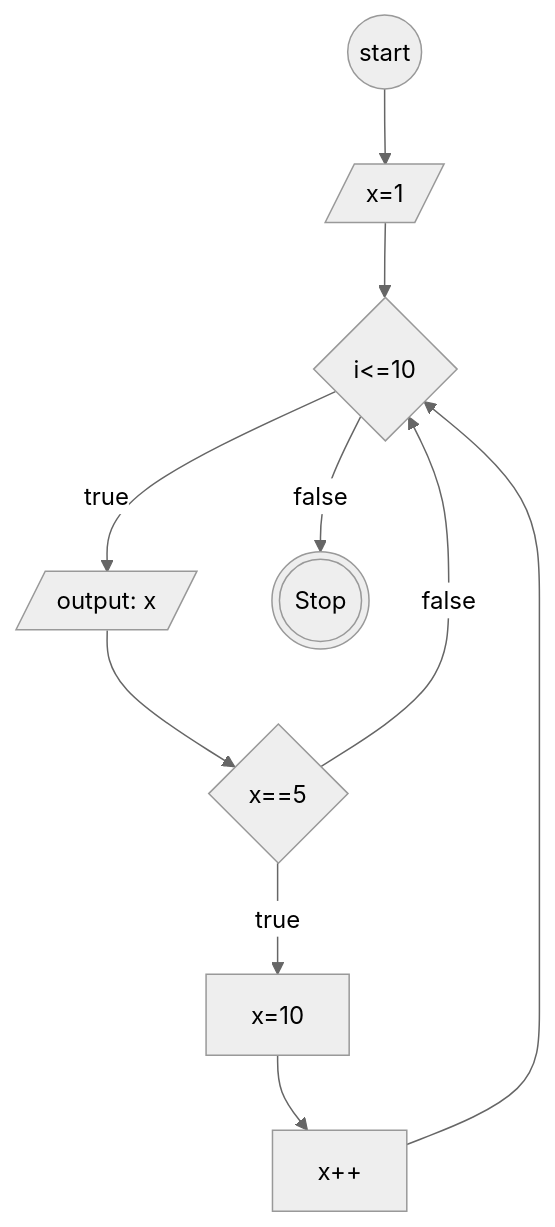
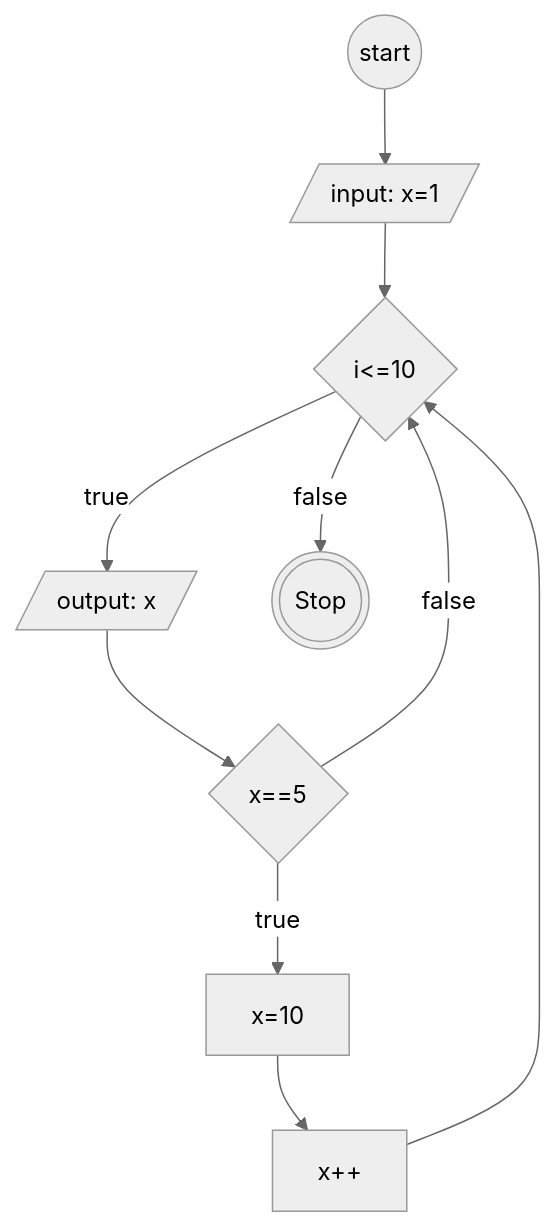
Before and after one commit to mslthn/koda-b6-javascript1: the diagram in flowchart-loop.md, drawn with Mermaid (neutral theme).

````diff
--- a/flowchart-loop.md
+++ b/flowchart-loop.md
@@ -2,19 +2,19 @@
 ```mermaid
 flowchart TD
 start@{shape: circ}
-init@{shape: lean-r, label: "x=1"}
+init@{shape: lean-r, label: "input: x=1"}
 for@{shape: diamond, label: "i<=10"}
 cons@{shape: lean-r, label: "output: x"}
 if@{shape: diamond, label: "x==5"}
 ifTrue@{shape: rect, label: "x=10"}
 update@{shape: rect, label: "x++"}
 forStop@{shape: dbl-circ, label: "Stop"}
 
 
 start-->init-->for-->|true| cons-->if
 if-->|true| ifTrue 
 if-->|false| for
 for-->|false| forStop
 
 ifTrue-->update-->for
 ```
````
